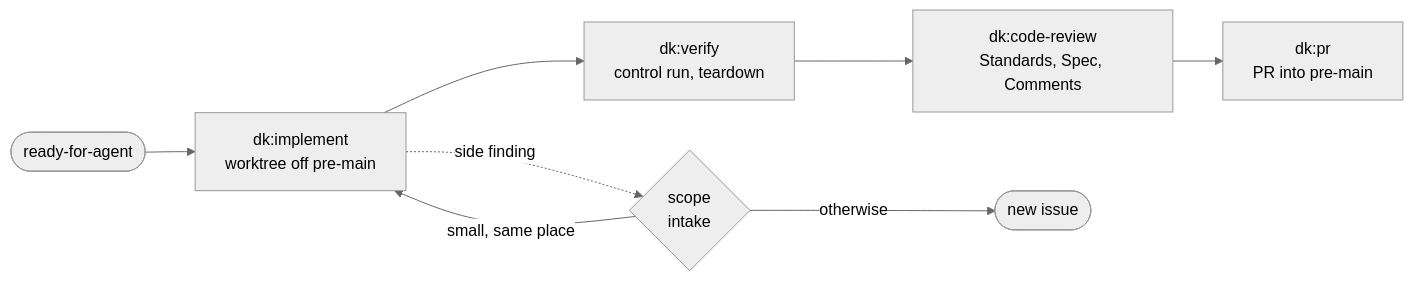
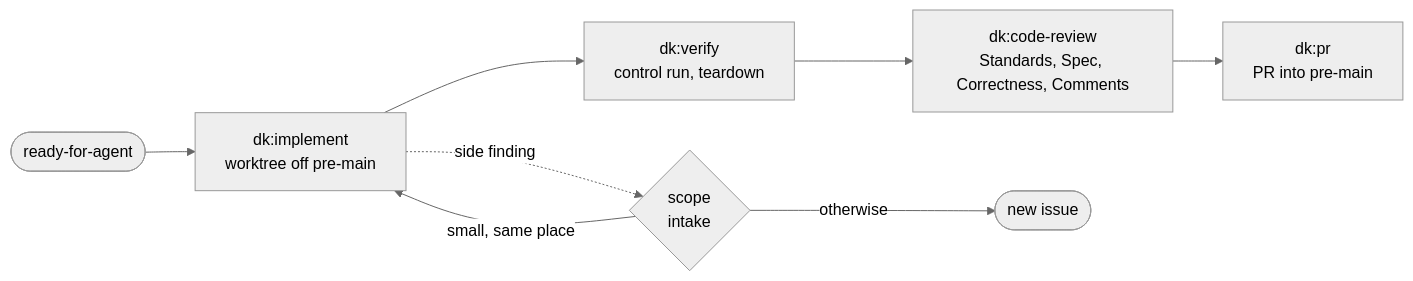
The second of 4 diagrams in README.md (kaminski-dev/dk-agent-kit), drawn with Mermaid (neutral theme) before and after one commit. The commit also changed other lines of this file and 6 other files, not shown here.

First line of the commit message:
Add the Correctness axis to dk:code-review; read standards from CODING_STANDARDS.md first (#46)

````diff
--- a/README.md
+++ b/README.md
@@ -54,10 +54,10 @@
 ```mermaid
 flowchart LR
   ready(["ready-for-agent"]) --> implement["dk:implement<br/>worktree off pre-main"]
   implement --> verify["dk:verify<br/>control run, teardown"]
-  verify --> review["dk:code-review<br/>Standards, Spec, Comments"]
+  verify --> review["dk:code-review<br/>Standards, Spec, Correctness, Comments"]
   review --> pr["dk:pr<br/>PR into pre-main"]
   implement -. "side finding" .-> intake{"scope<br/>intake"}
   intake -- "small, same place" --> implement
   intake -- "otherwise" --> new(["new issue"])
 ```
````
